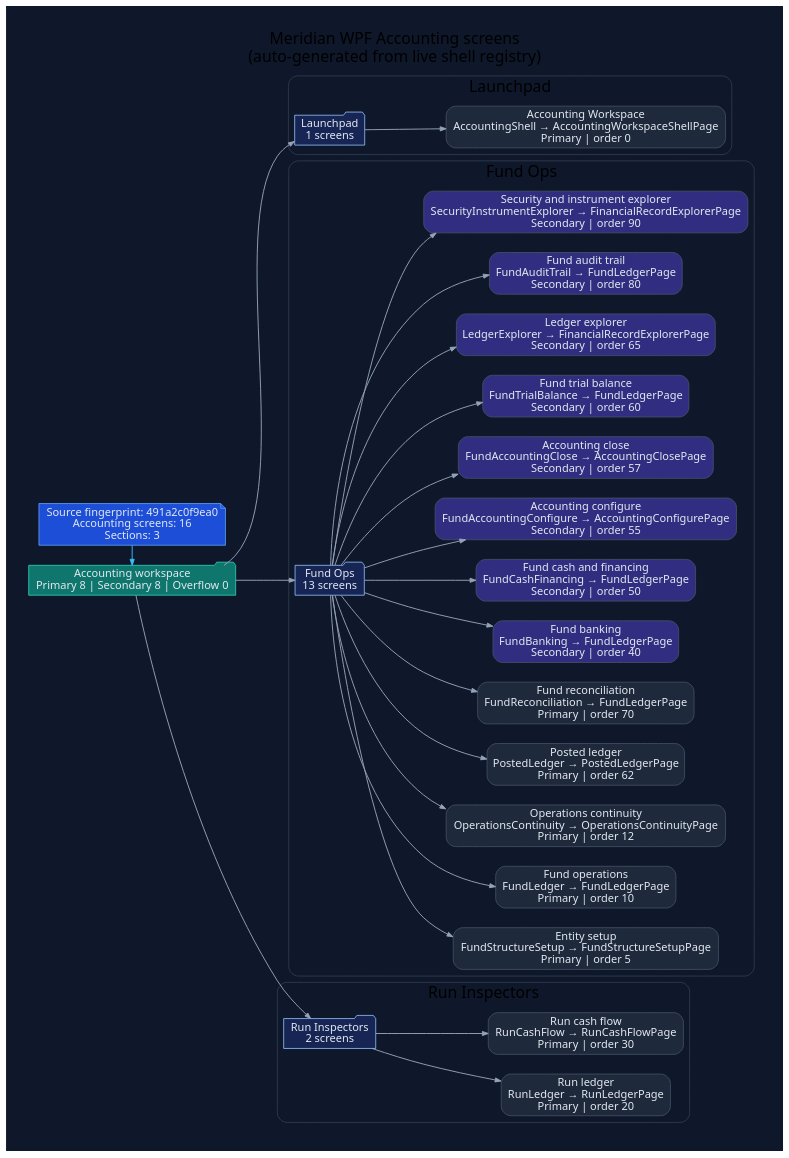
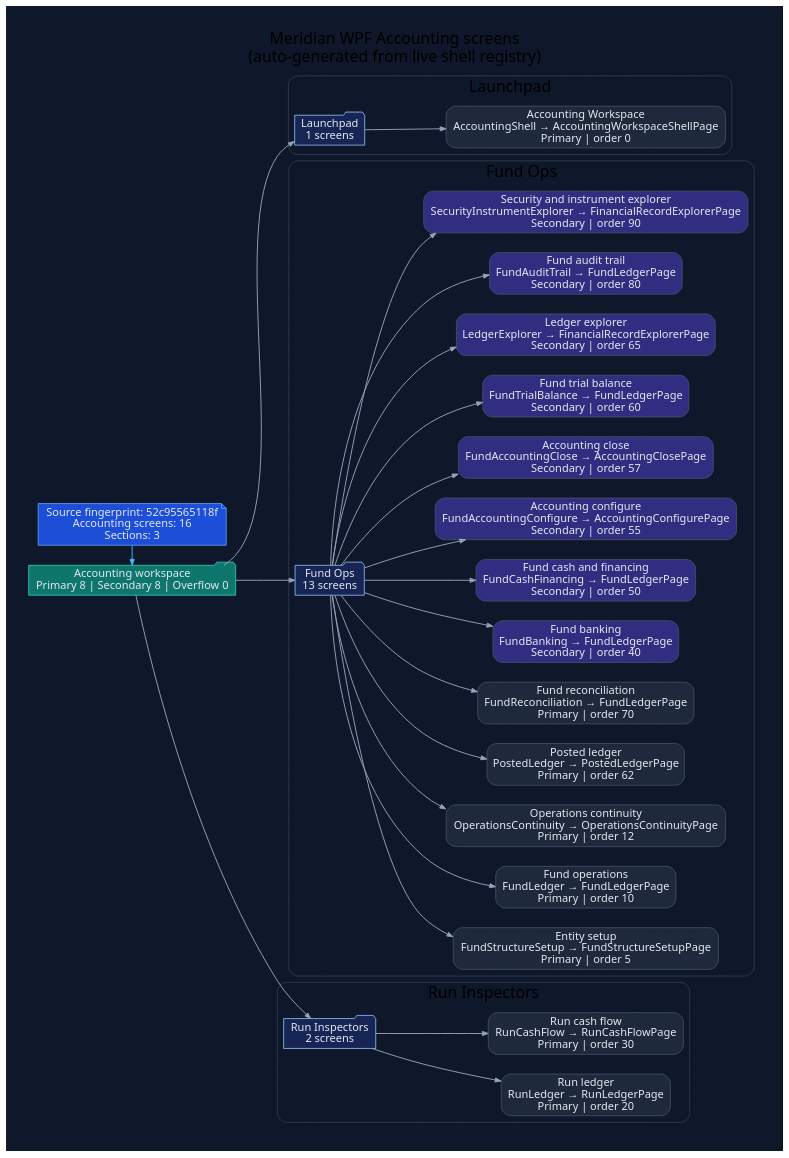
The diagram in docs/diagrams/ui-wpf-screens-accounting.dot (rodoHasArrived/Meridian-main), drawn with Graphviz before and after one commit. The commit also changed 197 other files, not shown here.

Commit message:
Refresh generated accounting and workstation references

```diff
--- a/docs/diagrams/ui-wpf-screens-accounting.dot
+++ b/docs/diagrams/ui-wpf-screens-accounting.dot
@@ -1,82 +1,82 @@
 // -----------------------------------------------------------------------------
 // <auto-generated>
 // Generated by scripts/generate-diagrams.mjs.
 // Do not edit this file directly; update the WPF source files instead.
 // -----------------------------------------------------------------------------
 digraph WpfAccountingScreens {
   graph [
     rankdir=LR,
     labelloc=t,
     label="Meridian WPF Accounting screens\n(auto-generated from live shell registry)",
     fontname="Segoe UI",
     fontsize=20,
     pad=0.4,
     nodesep=0.35,
     ranksep=0.85,
     bgcolor="#0f172a"
   ];
   node [fontname="Segoe UI", shape=box, style="rounded,filled", color="#475569", fontcolor="#e2e8f0", fillcolor="#1e293b"];
   edge [fontname="Segoe UI", color="#94a3b8", penwidth=1.2, arrowsize=0.75];
 
-  generated [shape=note, fillcolor="#1d4ed8", color="#60a5fa", label="Source fingerprint: 491a2c0f9ea0\nAccounting screens: 16\nSections: 3"];
+  generated [shape=note, fillcolor="#1d4ed8", color="#60a5fa", label="Source fingerprint: 52c95565118f\nAccounting screens: 16\nSections: 3"];
   workspace [shape=folder, fillcolor="#0f766e", color="#2dd4bf", label="Accounting workspace\nPrimary 8 | Secondary 8 | Overflow 0"];
   generated -> workspace [color="#38bdf8"];
 
   subgraph cluster_section_1 {
     label="Launchpad";
     color="#334155";
     style="rounded";
     section_1 [shape=folder, fillcolor="#172554", color="#93c5fd", label="Launchpad\n1 screens"];
     workspace -> section_1;
     screen_AccountingShell [fillcolor="#1e293b", label="Accounting Workspace\nAccountingShell → AccountingWorkspaceShellPage\nPrimary | order 0"];
     section_1 -> screen_AccountingShell;
   }
 
   subgraph cluster_section_2 {
     label="Fund Ops";
     color="#334155";
     style="rounded";
     section_2 [shape=folder, fillcolor="#172554", color="#93c5fd", label="Fund Ops\n13 screens"];
     workspace -> section_2;
     screen_FundStructureSetup [fillcolor="#1e293b", label="Entity setup\nFundStructureSetup → FundStructureSetupPage\nPrimary | order 5"];
     section_2 -> screen_FundStructureSetup;
     screen_FundLedger [fillcolor="#1e293b", label="Fund operations\nFundLedger → FundLedgerPage\nPrimary | order 10"];
     section_2 -> screen_FundLedger;
     screen_OperationsContinuity [fillcolor="#1e293b", label="Operations continuity\nOperationsContinuity → OperationsContinuityPage\nPrimary | order 12"];
     section_2 -> screen_OperationsContinuity;
     screen_PostedLedger [fillcolor="#1e293b", label="Posted ledger\nPostedLedger → PostedLedgerPage\nPrimary | order 62"];
     section_2 -> screen_PostedLedger;
     screen_FundReconciliation [fillcolor="#1e293b", label="Fund reconciliation\nFundReconciliation → FundLedgerPage\nPrimary | order 70"];
     section_2 -> screen_FundReconciliation;
     screen_FundBanking [fillcolor="#312e81", label="Fund banking\nFundBanking → FundLedgerPage\nSecondary | order 40"];
     section_2 -> screen_FundBanking;
     screen_FundCashFinancing [fillcolor="#312e81", label="Fund cash and financing\nFundCashFinancing → FundLedgerPage\nSecondary | order 50"];
     section_2 -> screen_FundCashFinancing;
     screen_FundAccountingConfigure [fillcolor="#312e81", label="Accounting configure\nFundAccountingConfigure → AccountingConfigurePage\nSecondary | order 55"];
     section_2 -> screen_FundAccountingConfigure;
     screen_FundAccountingClose [fillcolor="#312e81", label="Accounting close\nFundAccountingClose → AccountingClosePage\nSecondary | order 57"];
     section_2 -> screen_FundAccountingClose;
     screen_FundTrialBalance [fillcolor="#312e81", label="Fund trial balance\nFundTrialBalance → FundLedgerPage\nSecondary | order 60"];
     section_2 -> screen_FundTrialBalance;
     screen_LedgerExplorer [fillcolor="#312e81", label="Ledger explorer\nLedgerExplorer → FinancialRecordExplorerPage\nSecondary | order 65"];
     section_2 -> screen_LedgerExplorer;
     screen_FundAuditTrail [fillcolor="#312e81", label="Fund audit trail\nFundAuditTrail → FundLedgerPage\nSecondary | order 80"];
     section_2 -> screen_FundAuditTrail;
     screen_SecurityInstrumentExplorer [fillcolor="#312e81", label="Security and instrument explorer\nSecurityInstrumentExplorer → FinancialRecordExplorerPage\nSecondary | order 90"];
     section_2 -> screen_SecurityInstrumentExplorer;
   }
 
   subgraph cluster_section_3 {
     label="Run Inspectors";
     color="#334155";
     style="rounded";
     section_3 [shape=folder, fillcolor="#172554", color="#93c5fd", label="Run Inspectors\n2 screens"];
     workspace -> section_3;
     screen_RunLedger [fillcolor="#1e293b", label="Run ledger\nRunLedger → RunLedgerPage\nPrimary | order 20"];
     section_3 -> screen_RunLedger;
     screen_RunCashFlow [fillcolor="#1e293b", label="Run cash flow\nRunCashFlow → RunCashFlowPage\nPrimary | order 30"];
     section_3 -> screen_RunCashFlow;
   }
 
   { rank=min; generated; workspace; }
 }
```
